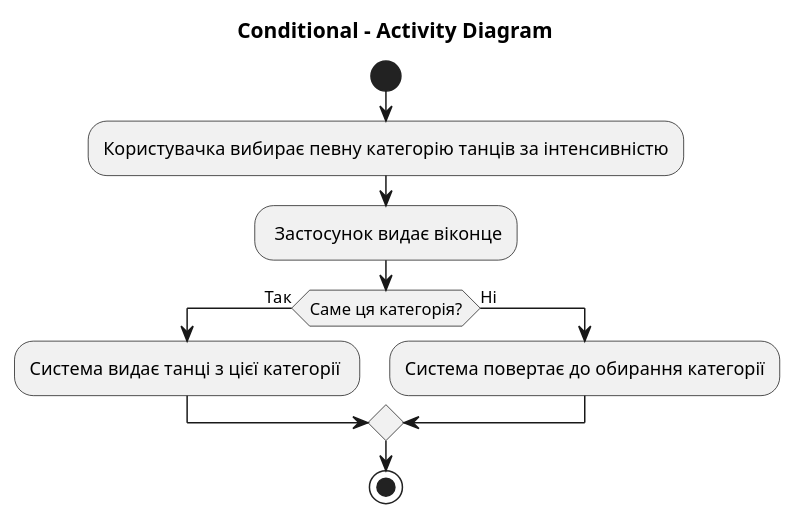
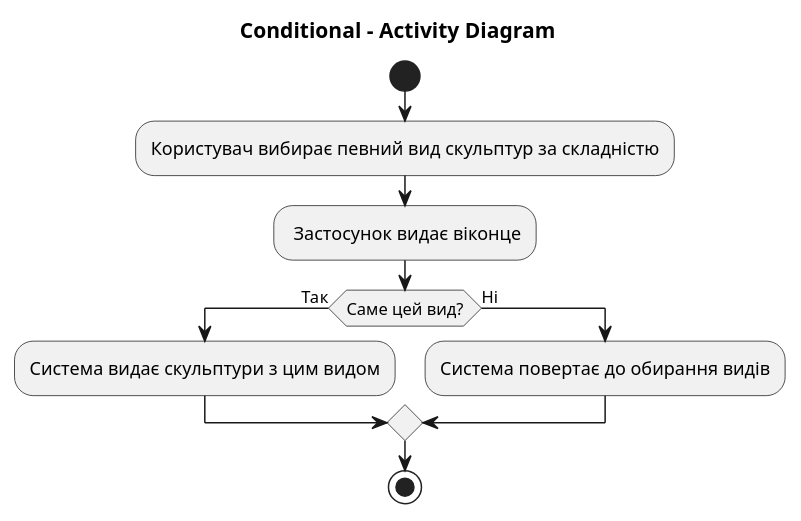
The diagram in 2.7-PlantUML/UML-Activity.puml (oleksandrblazhko/nai205-topuzanov), drawn with PlantUML before and after one commit.

```diff
--- a/2.7-PlantUML/UML-Activity.puml
+++ b/2.7-PlantUML/UML-Activity.puml
@@ -1,18 +1,16 @@
 @startuml
-
 title Conditional - Activity Diagram 
 
 start
 
-:Користувачка вибирає певну категорію танців за інтенсивністю;
+:Користувач вибирає певний вид скульптур за складністю;
 : Застосунок видає віконце;
 
-if (Саме ця категорія?) then (Так)
-  :Система видає танці з цієї категорії ;
+if (Саме цей вид?) then (Так)
+  :Система видає скульптури з цим видом;
 else (Ні)
-  :Система повертає до обирання категорії;
+  :Система повертає до обирання видів;
 endif
 
 stop
-
 @enduml
```
